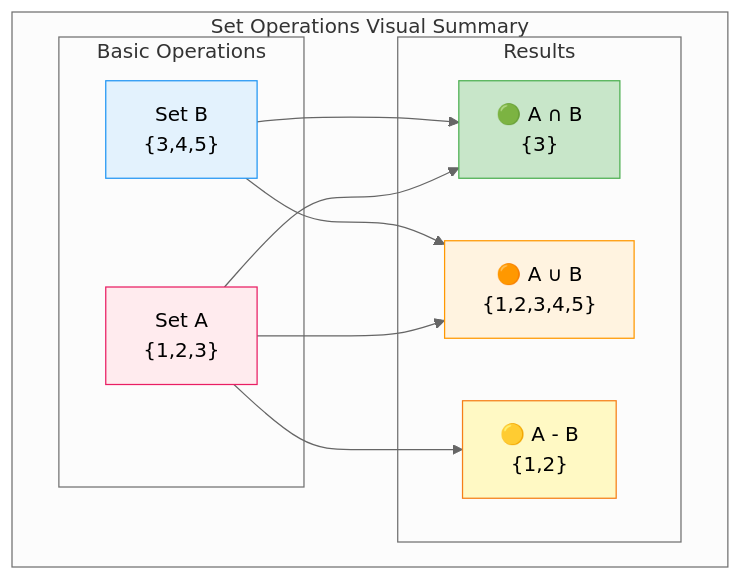
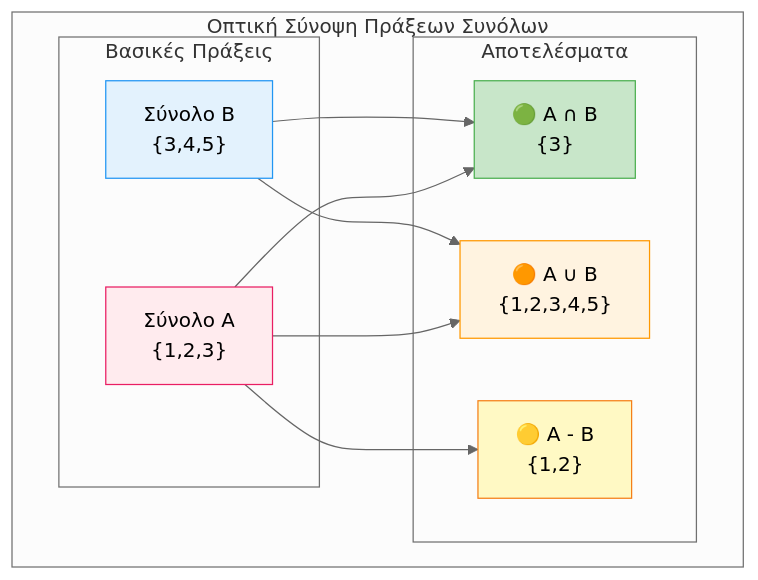
Before and after one commit to PanagopoulosNikolaos/DitOpenNotes: the fifth of 6 diagrams in Year_1/Semester_2/DISCRETE_MATHEMATICS/Resources/Notes/2_Operations & Venn Diagrams.md, drawn with Mermaid (neutral theme). The commit also changed other lines of this file and 8 other files, not shown here.

````diff
--- a/Year_1/Semester_2/DISCRETE_MATHEMATICS/Resources/Notes/2_Operations & Venn Diagrams.md
+++ b/Year_1/Semester_2/DISCRETE_MATHEMATICS/Resources/Notes/2_Operations & Venn Diagrams.md
@@ -130,28 +130,28 @@
 ```mermaid
 graph TD
-    subgraph Summary [" Set Operations Visual Summary"]
-        subgraph Row1 ["Basic Operations"]
-            A1[" Set A<br/>{1,2,3}"]
-            B1[" Set B<br/>{3,4,5}"]
+    subgraph Summary [" Οπτική Σύνοψη Πράξεων Συνόλων"]
+        subgraph Row1 ["Βασικές Πράξεις"]
+            A1[" Σύνολο A<br/>{1,2,3}"]
+            B1[" Σύνολο B<br/>{3,4,5}"]
         end
         
-        subgraph Row2 ["Results"]
+        subgraph Row2 ["Αποτελέσματα"]
             Int["🟢 A ∩ B<br/>{3}"]
             Union["🟠 A ∪ B<br/>{1,2,3,4,5}"]
             Diff["🟡 A - B<br/>{1,2}"]
         end
     end
     
     A1 --> Int
     B1 --> Int
     A1 --> Union
     B1 --> Union
     A1 --> Diff
     
     style A1 fill:#ffebee,stroke:#e91e63
     style B1 fill:#e3f2fd,stroke:#2196f3
     style Int fill:#c8e6c9,stroke:#4caf50
     style Union fill:#fff3e0,stroke:#ff9800
     style Diff fill:#fff9c4,stroke:#f57f17
 
 ```
````
